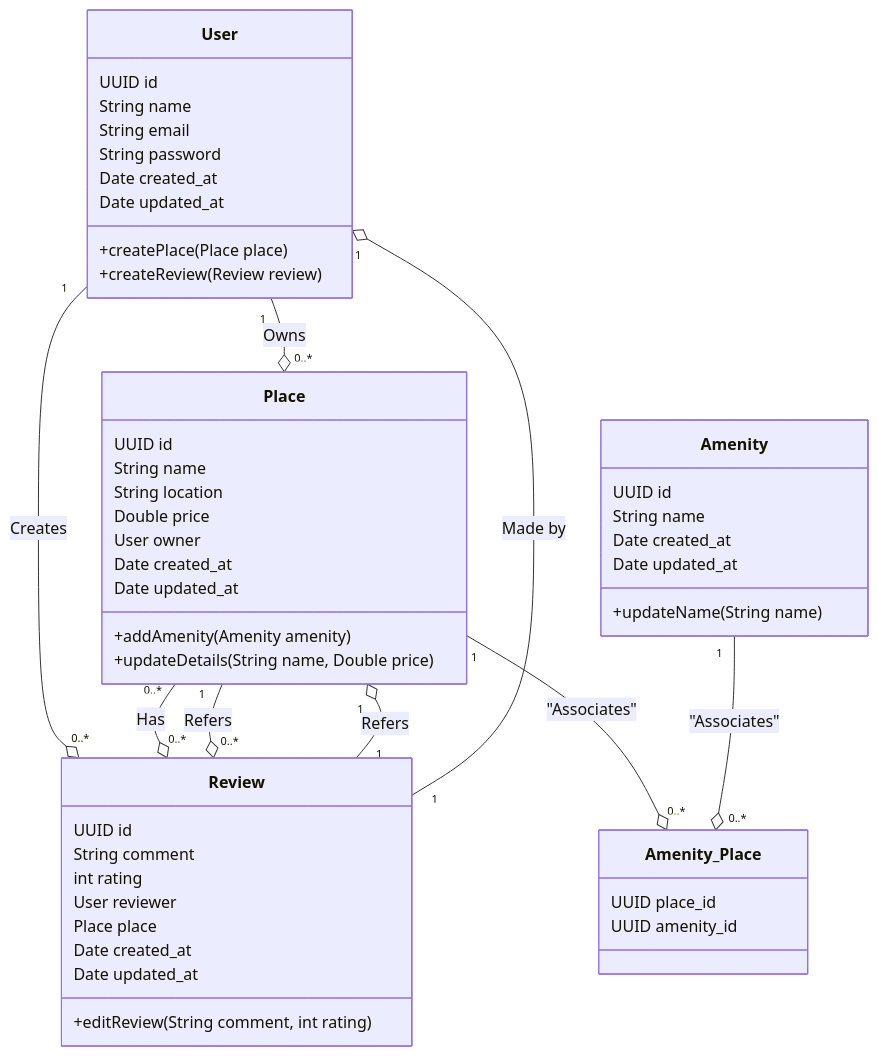
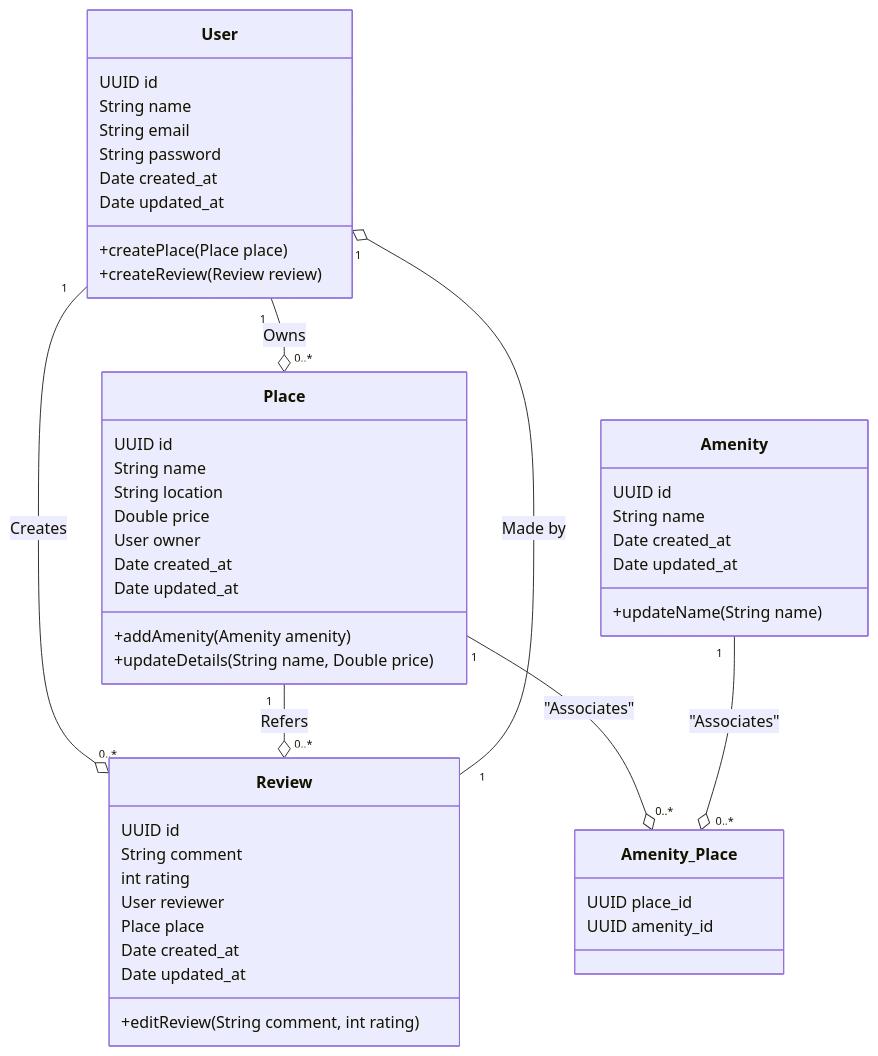
The diagram in UML/Task 1/Class_Diagram.md (dosleam/Project-HbNb), drawn with Mermaid before and after one commit. The commit also changed 2 other files, not shown here.

Commit message:
Modification task 1, task 2 and readme

````diff
--- a/UML/Task 1/Class_Diagram.md
+++ b/UML/Task 1/Class_Diagram.md
@@ -3,58 +3,56 @@
 ```mermaid
 classDiagram
     class User {
         UUID id
         String name
         String email
         String password
         Date created_at
         Date updated_at
         +createPlace(Place place)
         +createReview(Review review)
     }
 
     class Place {
         UUID id
         String name
         String location
         Double price
         User owner
         Date created_at
         Date updated_at
         +addAmenity(Amenity amenity)
         +updateDetails(String name, Double price)
     }
 
     class Amenity {
         UUID id
         String name
         Date created_at
         Date updated_at
         +updateName(String name)
     }
 
     class Review {
         UUID id
         String comment
         int rating
         User reviewer
         Place place
         Date created_at
         Date updated_at
         +editReview(String comment, int rating)
     }
 
     class Amenity_Place {
         UUID place_id
         UUID amenity_id
     }
 
     User "1" --o "0..*" Place : Owns
     User "1" --o "0..*" Review : Creates
-    Place "0..*" --o "0..*" Review : Has
     Place "1" --o "0..*" Review : Refers
-    Review "1" --o "1" Place : Refers
     Review "1" --o "1" User : Made by
     Place "1" --o "0..*" Amenity_Place : "Associates"
     Amenity "1" --o "0..*" Amenity_Place : "Associates"
 ```
````
